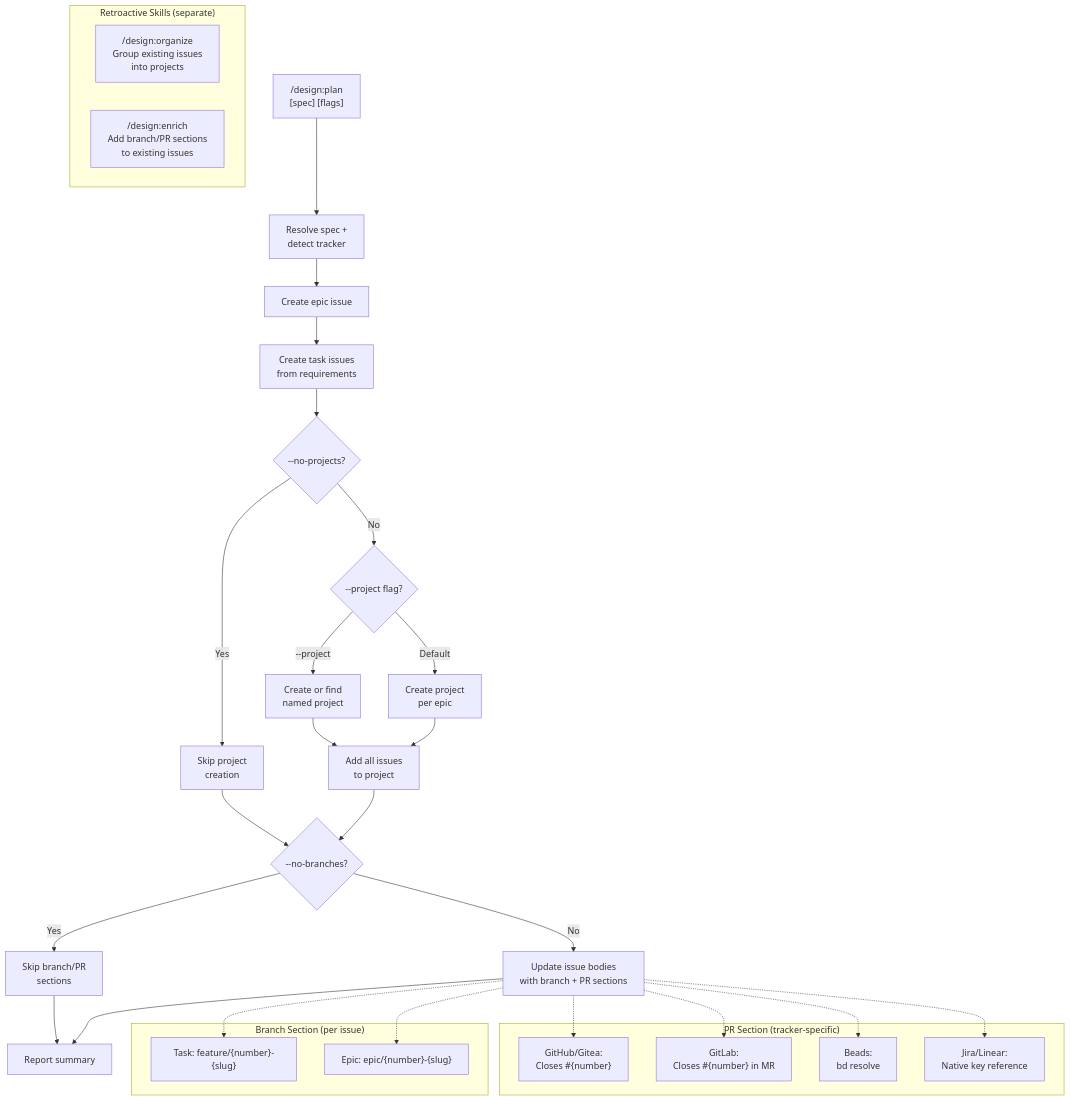
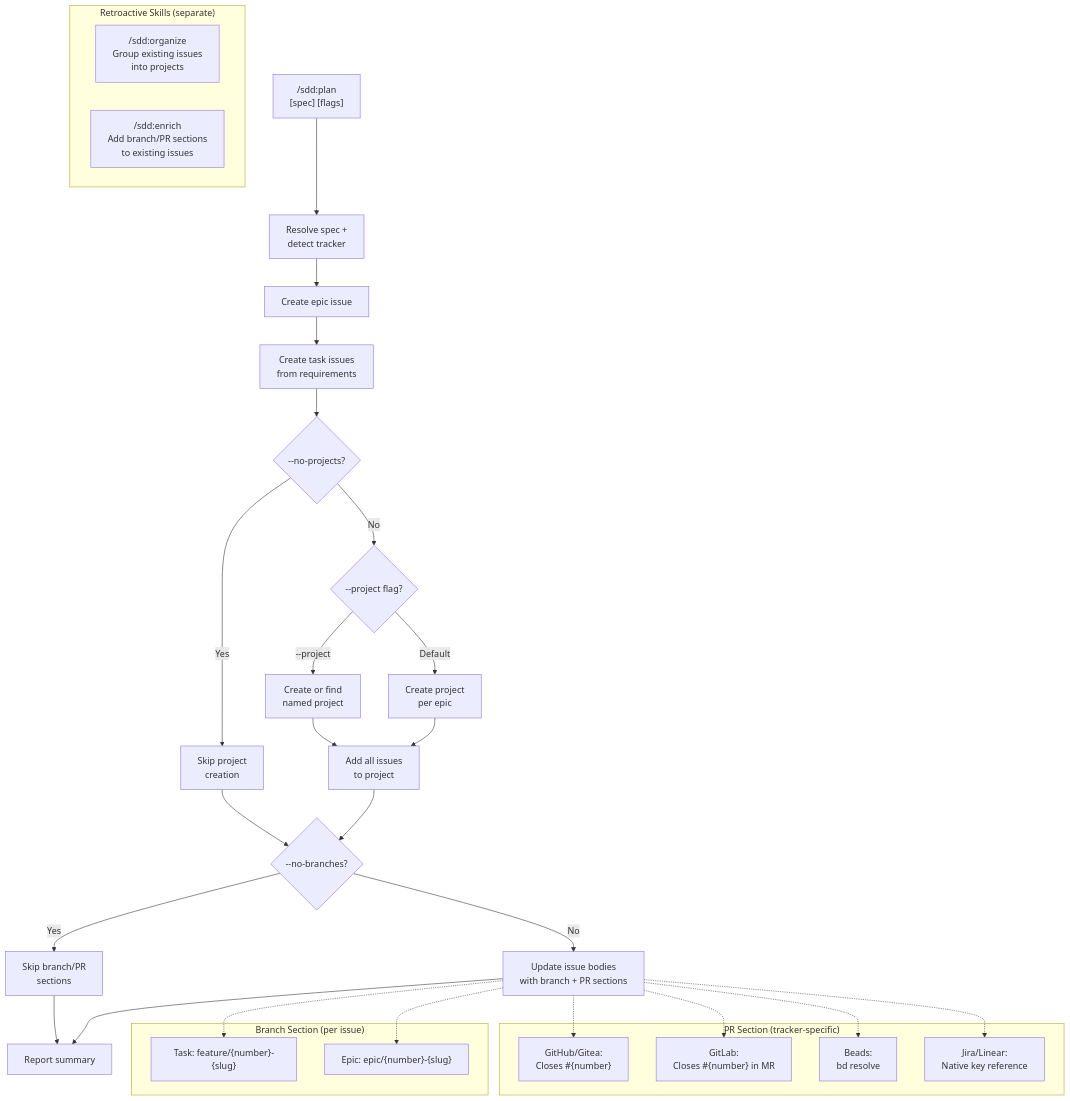
The first of 2 diagrams in docs/adrs/ADR-0009-project-grouping-and-developer-workflow-conventions.md (joestump/claude-plugin-design), drawn with Mermaid before and after one commit. The commit also changed other lines of this file and 106 other files, not shown here.

First line of the commit message:
Rename plugin: design → sdd (Spec-Driven Development) (#75)

````diff
--- a/docs/adrs/ADR-0009-project-grouping-and-developer-workflow-conventions.md
+++ b/docs/adrs/ADR-0009-project-grouping-and-developer-workflow-conventions.md
@@ -105,50 +105,50 @@
 ```mermaid
 flowchart TD
-    A["/design:plan\n[spec] [flags]"] --> B["Resolve spec +\ndetect tracker"]
+    A["/sdd:plan\n[spec] [flags]"] --> B["Resolve spec +\ndetect tracker"]
 
     B --> C["Create epic issue"]
     C --> D["Create task issues\nfrom requirements"]
 
     D --> E{"--no-projects?"}
     E -->|"Yes"| G["Skip project\ncreation"]
     E -->|"No"| F{"--project flag?"}
 
     F -->|"--project <name>"| H["Create or find\nnamed project"]
     F -->|"Default"| I["Create project\nper epic"]
 
     H --> J["Add all issues\nto project"]
     I --> J
 
     J --> K{"--no-branches?"}
     G --> K
 
     K -->|"Yes"| M["Skip branch/PR\nsections"]
     K -->|"No"| L["Update issue bodies\nwith branch + PR sections"]
 
     L --> N["Report summary"]
     M --> N
 
     subgraph "Branch Section (per issue)"
         BR1["Task: feature/{number}-{slug}"]
         BR2["Epic: epic/{number}-{slug}"]
     end
 
     subgraph "PR Section (tracker-specific)"
         PR1["GitHub/Gitea:\nCloses #{number}"]
         PR2["GitLab:\nCloses #{number} in MR"]
         PR3["Beads:\nbd resolve"]
         PR4["Jira/Linear:\nNative key reference"]
     end
 
     L -.-> BR1
     L -.-> BR2
     L -.-> PR1
     L -.-> PR2
     L -.-> PR3
     L -.-> PR4
 
     subgraph "Retroactive Skills (separate)"
-        ORG["/design:organize\nGroup existing issues\ninto projects"]
-        ENR["/design:enrich\nAdd branch/PR sections\nto existing issues"]
+        ORG["/sdd:organize\nGroup existing issues\ninto projects"]
+        ENR["/sdd:enrich\nAdd branch/PR sections\nto existing issues"]
     end
 ```
````
